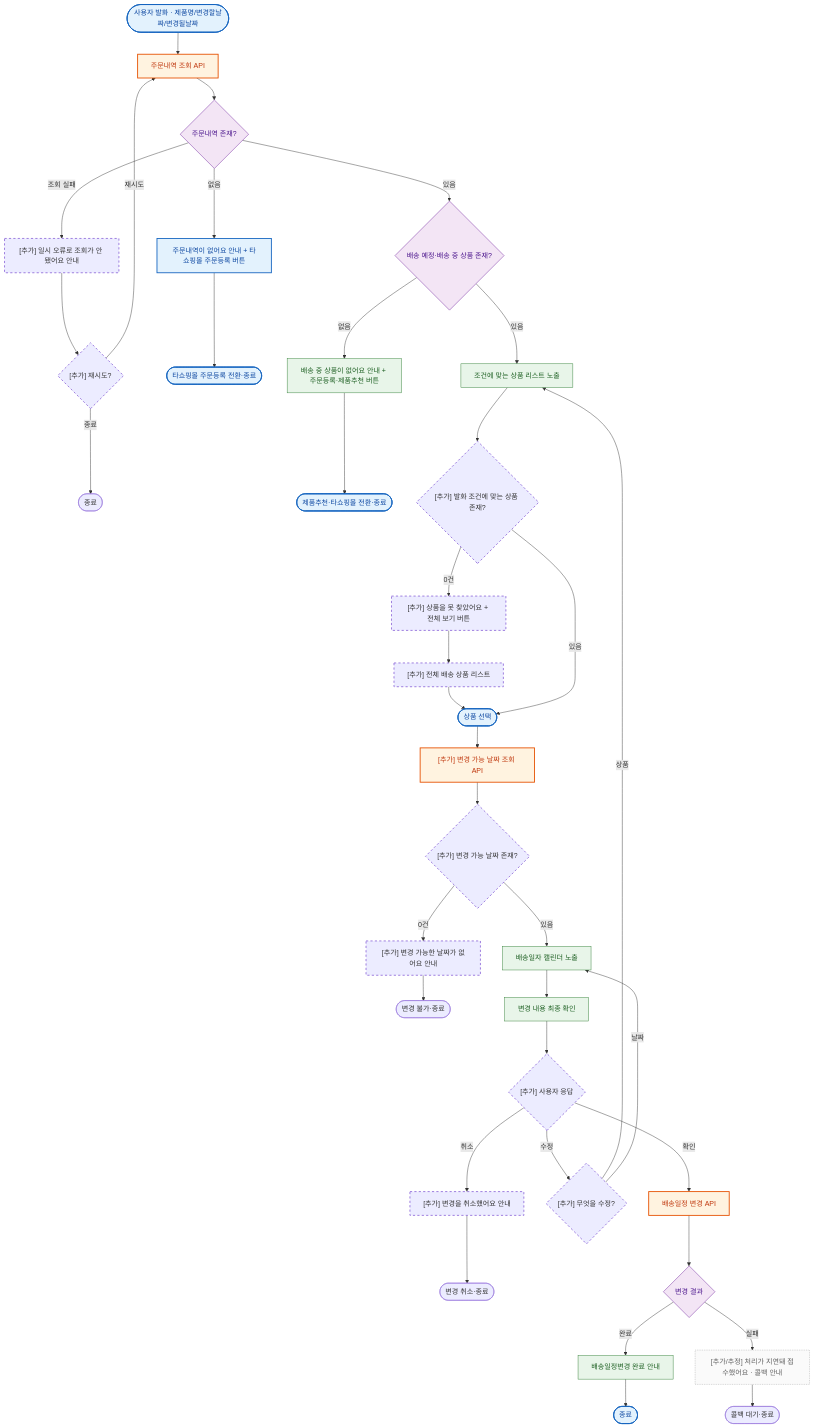
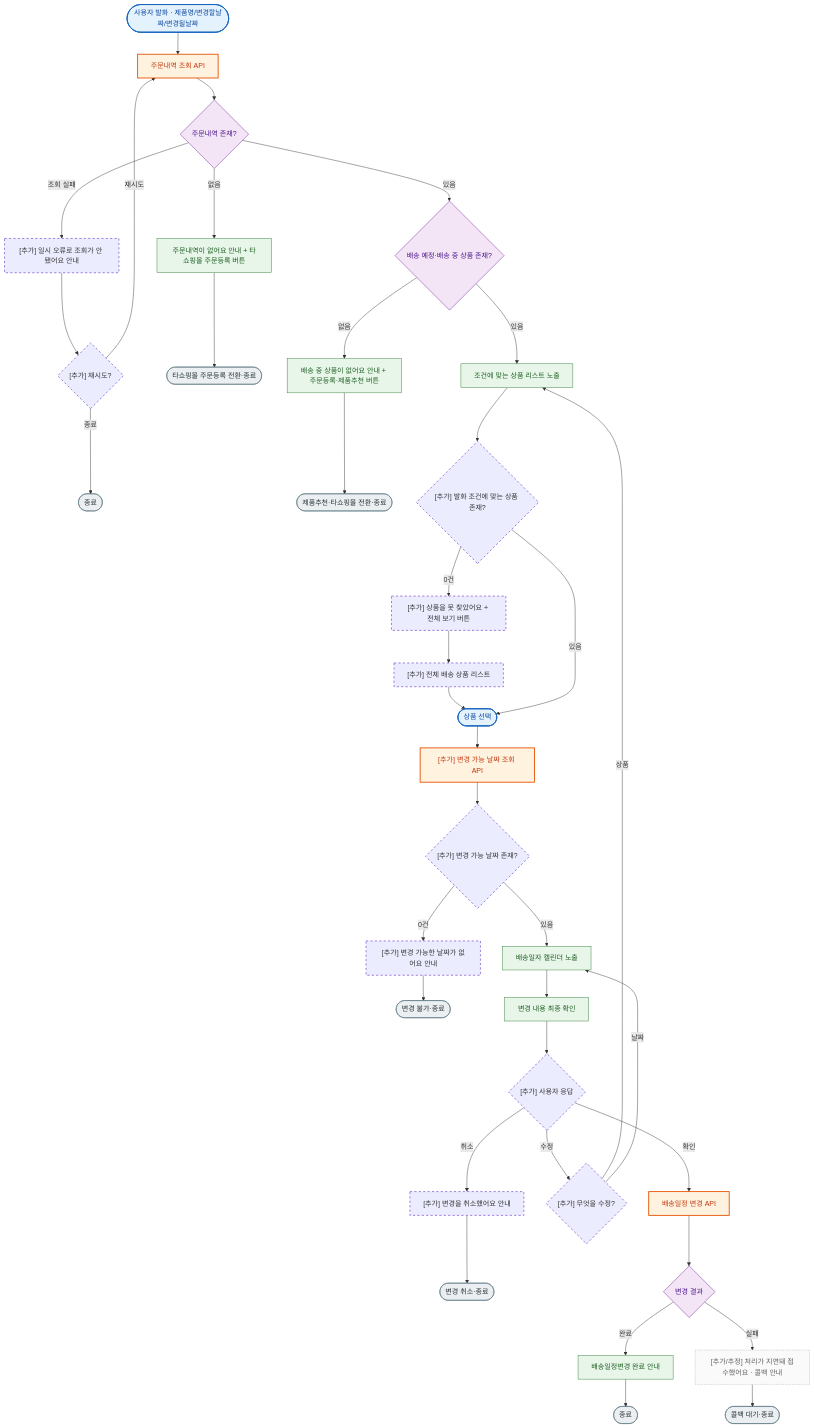
Before and after one commit to jieun994/zinis_claude_skills: the diagram in skills/flowchart-defense/samples/배송일정변경_검토리포트_예시.md, drawn with Mermaid. The commit also changed other lines of this file and 37 other files, not shown here.

````diff
--- a/skills/flowchart-defense/samples/배송일정변경_검토리포트_예시.md
+++ b/skills/flowchart-defense/samples/배송일정변경_검토리포트_예시.md
@@ -11,59 +11,59 @@
 ```mermaid
 flowchart TB
-  A([사용자 발화 · 제품명/변경할날짜/변경될날짜]) --> B[주문내역 조회 API]
-  B --> B0{주문내역 존재?}
+  A(["사용자 발화 · 제품명/변경할날짜/변경될날짜"]) --> B[주문내역 조회 API]
+  B --> B0{"주문내역 존재?"}
   B0 -- 조회 실패 --> ER["[추가] 일시 오류로 조회가 안 됐어요 안내"]
   ER --> ERq{"[추가] 재시도?"}
   ERq -- 재시도 --> B
   ERq -- 종료 --> ERend([종료])
 
   B0 -- 없음 --> B1[주문내역이 없어요 안내 + 타쇼핑몰 주문등록 버튼]
   B1 --> Bend([타쇼핑몰 주문등록 전환·종료])
 
-  B0 -- 있음 --> C0{배송 예정·배송 중 상품 존재?}
+  B0 -- 있음 --> C0{"배송 예정·배송 중 상품 존재?"}
   C0 -- 없음 --> TS1[배송 중 상품이 없어요 안내 + 주문등록·제품추천 버튼]
   TS1 --> TSend([제품추천·타쇼핑몰 전환·종료])
 
   C0 -- 있음 --> D[조건에 맞는 상품 리스트 노출]
   D --> D0{"[추가] 발화 조건에 맞는 상품 존재?"}
   D0 -- 0건 --> Dz["[추가] 상품을 못 찾았어요 + 전체 보기 버튼"]
   Dz --> Dall["[추가] 전체 배송 상품 리스트"]
   Dall --> D1
   D0 -- 있음 --> D1([상품 선택])
 
   D1 --> CL["[추가] 변경 가능 날짜 조회 API"]
   CL --> CLc{"[추가] 변경 가능 날짜 존재?"}
   CLc -- 0건 --> Cz["[추가] 변경 가능한 날짜가 없어요 안내"]
   Cz --> Czend([변경 불가·종료])
   CLc -- 있음 --> Cal[배송일자 캘린더 노출]
   Cal --> Conf[변경 내용 최종 확인]
   Conf --> Fu{"[추가] 사용자 응답"}
   Fu -- 확인 --> G[배송일정 변경 API]
   Fu -- 수정 --> R{"[추가] 무엇을 수정?"}
   R -- 상품 --> D
   R -- 날짜 --> Cal
   Fu -- 취소 --> X["[추가] 변경을 취소했어요 안내"]
   X --> Xend([변경 취소·종료])
 
   G --> G0{변경 결과}
   G0 -- 완료 --> H1[배송일정변경 완료 안내]
   H1 --> J([종료])
   G0 -- 실패 --> F1["[추가/추정] 처리가 지연돼 접수했어요 · 콜백 안내"]
   F1 --> Fend([콜백 대기·종료])
 
   classDef user   fill:#e3f2fd,stroke:#1565c0,stroke-width:2px,color:#0d47a1
   classDef ui     fill:#e8f5e9,stroke:#2e7d32,color:#1b5e20
   classDef api    fill:#fff3e0,stroke:#e65100,stroke-width:2px,color:#bf360c
   classDef logic  fill:#f3e5f5,stroke:#6a1b9a,color:#4a148c
   classDef system fill:#eceff1,stroke:#546e7a,color:#263238
   classDef add    stroke-dasharray:5 5,stroke-width:2px
   classDef guess  fill:#fafafa,stroke:#9e9e9e,stroke-dasharray:2 2,color:#616161
 
   class A,D1 user
   class B1,TS1,D,Cal,Conf,H1 ui
   class B,CL,G api
   class B0,C0,G0 logic
-  class B1,Bend,TSend,J user
+  class ERend,Bend,TSend,Czend,Xend,Fend,J system
   class ER,ERq,Dz,Dall,D0,CLc,Cz,Fu,R,X add
   class F1 guess
 ```
````
